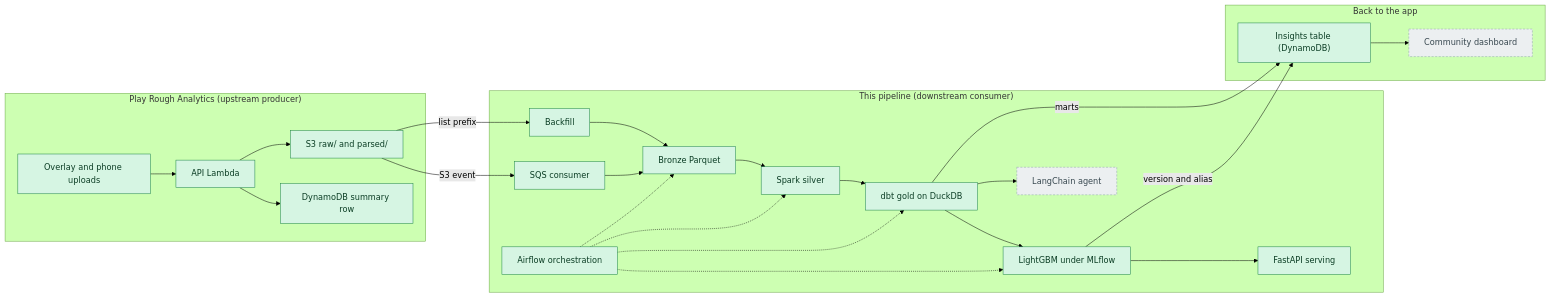
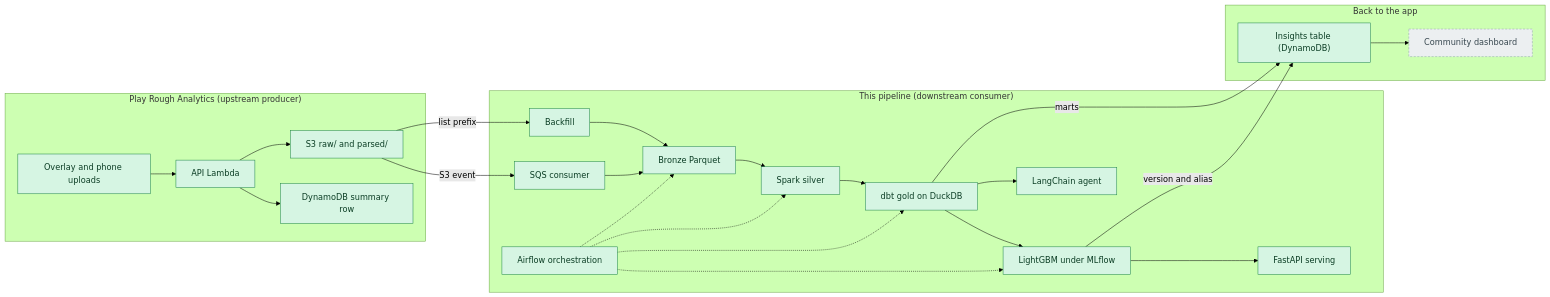
One commit to emilioorozco/pokemon-meta-pipeline changed the diagram in README.md. Above: the diagram before and after it, drawn with Mermaid (forest theme). The commit also changed other lines of this file and 24 other files, not shown here.

````diff
--- a/README.md
+++ b/README.md
@@ -17,47 +17,47 @@
 ```mermaid
 flowchart LR
   subgraph APP["Play Rough Analytics (upstream producer)"]
     UP["Overlay and phone uploads"]
     API["API Lambda"]
     S3["S3 raw/ and parsed/"]
     DDB["DynamoDB summary row"]
     UP --> API
     API --> S3
     API --> DDB
   end
   subgraph PIPE["This pipeline (downstream consumer)"]
     BF["Backfill"]
     SQS["SQS consumer"]
     BRZ["Bronze Parquet"]
     SLV["Spark silver"]
     GLD["dbt gold on DuckDB"]
     MDL["LightGBM under MLflow"]
     SRV["FastAPI serving"]
     AGT["LangChain agent"]
     AIR["Airflow orchestration"]
     BF --> BRZ
     SQS --> BRZ
     BRZ --> SLV
     SLV --> GLD
     GLD --> MDL
     MDL --> SRV
     GLD --> AGT
     AIR -.-> BRZ
     AIR -.-> SLV
     AIR -.-> GLD
     AIR -.-> MDL
   end
   subgraph BACK["Back to the app"]
     PUB["Insights table (DynamoDB)"]
     DASH["Community dashboard"]
     PUB --> DASH
   end
   S3 -- "list prefix" --> BF
   S3 -- "S3 event" --> SQS
   GLD -- "marts" --> PUB
   MDL -- "version and alias" --> PUB
   classDef done fill:#d6f5e3,stroke:#1e8449,color:#0b3d24
   classDef planned fill:#eceff1,stroke:#90a4ae,stroke-dasharray:4 3,color:#37474f
-  class UP,API,S3,DDB,BF,SQS,BRZ,SLV,GLD,MDL,SRV,AIR,PUB done
-  class AGT,DASH planned
+  class UP,API,S3,DDB,BF,SQS,BRZ,SLV,GLD,MDL,SRV,AGT,AIR,PUB done
+  class DASH planned
 ```
````
